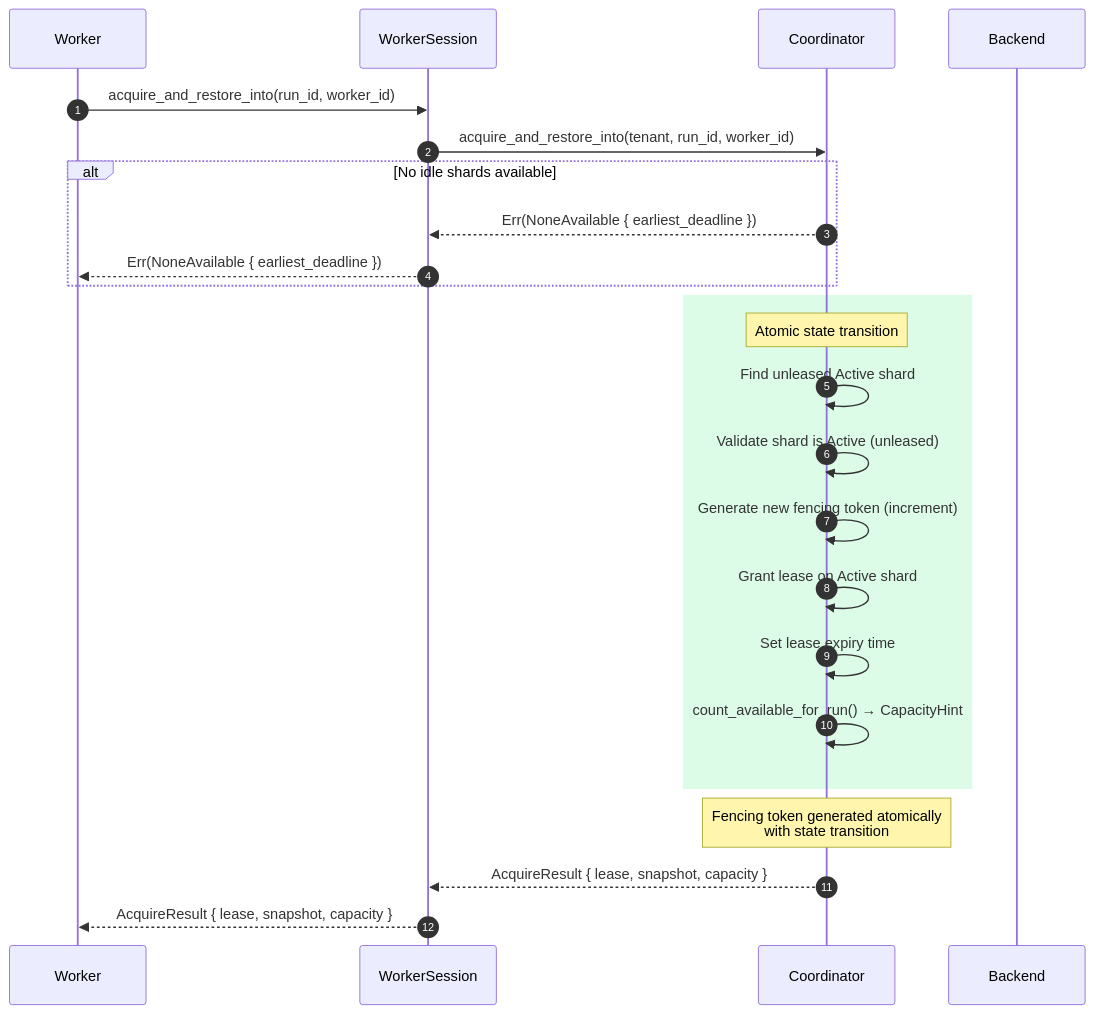
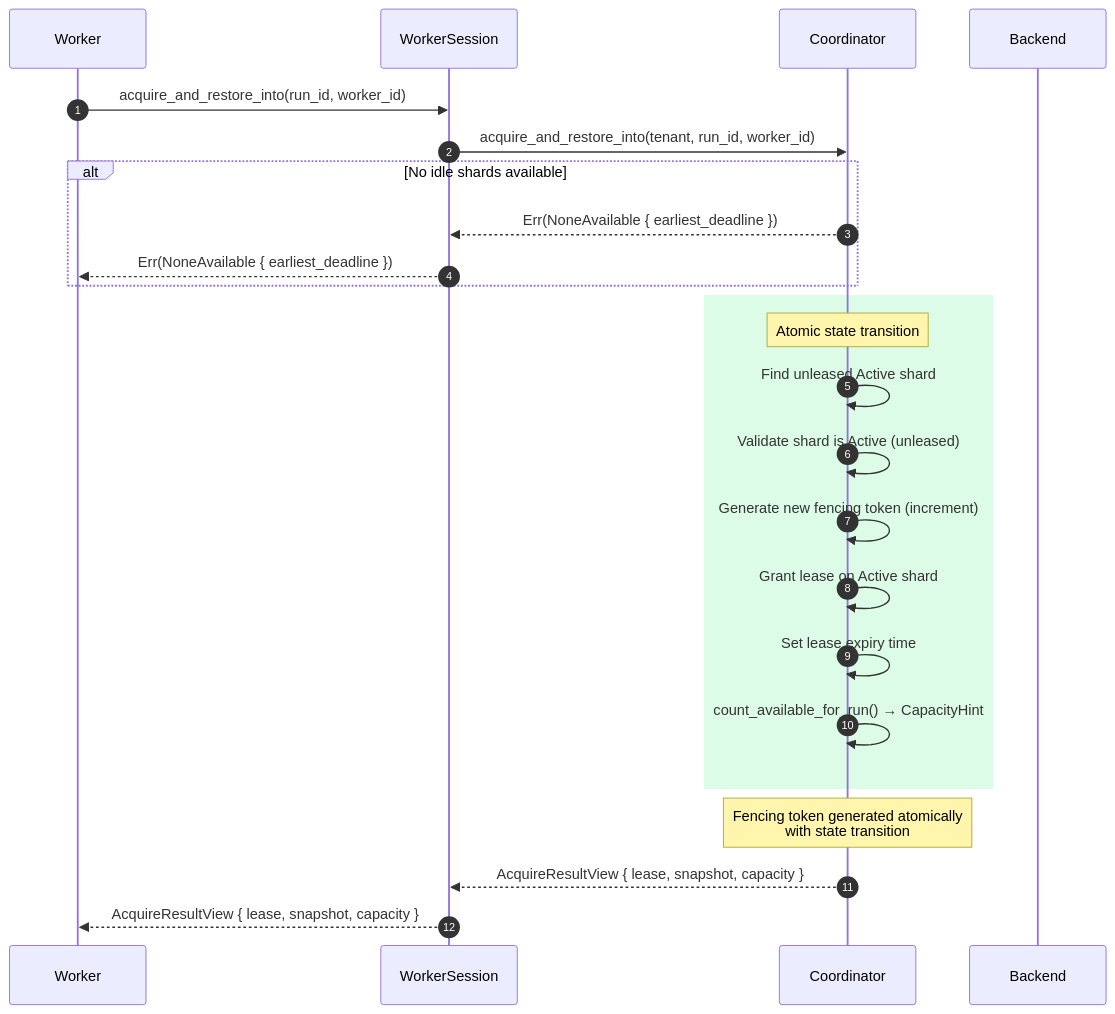
One commit to ahrav/Gossip-rs changed the first of 7 diagrams in diagrams/07-lease-lifecycle.md. Above: the diagram before and after it, drawn with Mermaid. The commit also changed other lines of this file and 5 other files, not shown here.

Commit message:
Update diagram documentation: refine 12-step scan sequence and clarify boundary roles

````diff
--- a/diagrams/07-lease-lifecycle.md
+++ b/diagrams/07-lease-lifecycle.md
@@ -39,32 +39,32 @@
 ```mermaid
 %% Diagram: lease-acquisition-sequence
 sequenceDiagram
     autonumber
     participant W as Worker
     participant WS as WorkerSession
     participant CO as Coordinator
     participant BE as Backend
 
     W->>WS: acquire_and_restore_into(run_id, worker_id)
     WS->>CO: acquire_and_restore_into(tenant, run_id, worker_id)
 
     alt No idle shards available
         CO-->>WS: Err(NoneAvailable { earliest_deadline })
         WS-->>W: Err(NoneAvailable { earliest_deadline })
     end
 
     rect rgb(220, 252, 231)
         Note over CO: Atomic state transition
         CO->>CO: Find unleased Active shard
         CO->>CO: Validate shard is Active (unleased)
         CO->>CO: Generate new fencing token (increment)
         CO->>CO: Grant lease on Active shard
         CO->>CO: Set lease expiry time
         CO->>CO: count_available_for_run() → CapacityHint
     end
 
     Note over CO: Fencing token generated atomically<br/>with state transition
 
-    CO-->>WS: AcquireResult { lease, snapshot, capacity }
-    WS-->>W: AcquireResult { lease, snapshot, capacity }
+    CO-->>WS: AcquireResultView { lease, snapshot, capacity }
+    WS-->>W: AcquireResultView { lease, snapshot, capacity }
 ```
````
